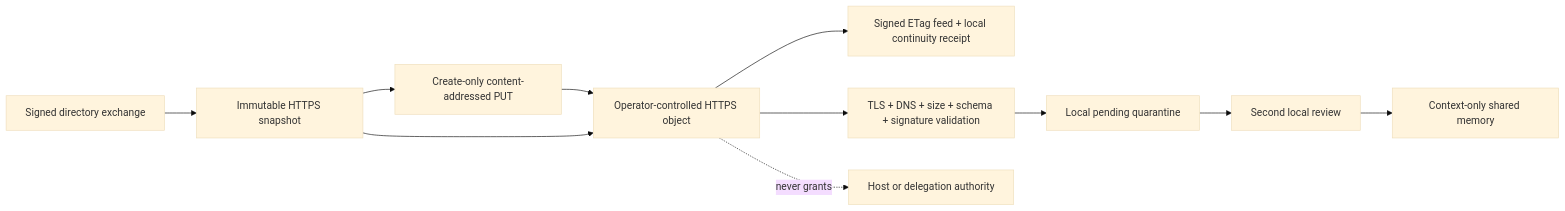
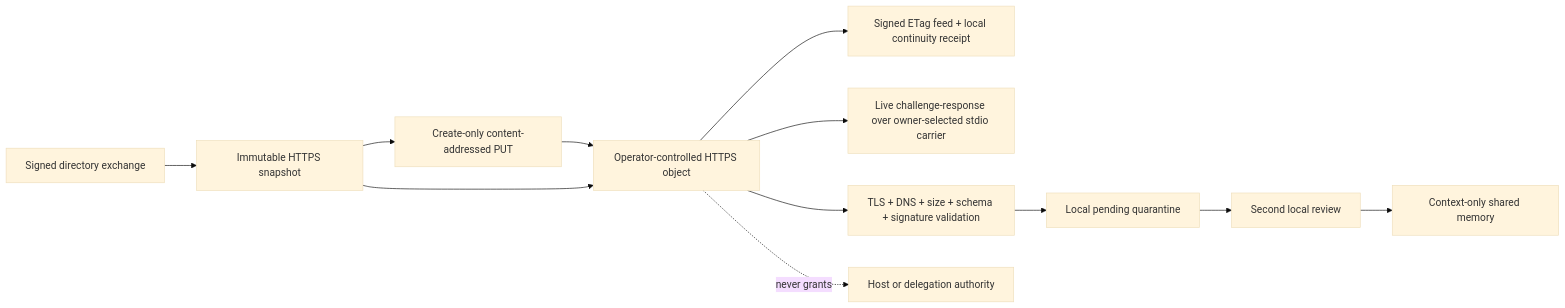
One commit to Maykbiletti/AgentSpine changed the fifth of 5 diagrams in docs/architecture.md. Above: the diagram before and after it, drawn with Mermaid (base theme). The commit also changed other lines of this file and 10 other files, not shown here.

Commit message:
feat: add challenge-response peer transport

````diff
--- a/docs/architecture.md
+++ b/docs/architecture.md
@@ -130,13 +130,14 @@
 ```mermaid
 flowchart LR
     D["Signed directory exchange"] --> S["Immutable HTTPS snapshot"]
     S --> P["Create-only content-addressed PUT"]
     P --> H["Operator-controlled HTTPS object"]
     H --> F["Signed ETag feed + local continuity receipt"]
+    H --> P2["Live challenge-response over owner-selected stdio carrier"]
     S --> H
     H --> V["TLS + DNS + size + schema + signature validation"]
     V --> Q["Local pending quarantine"]
     Q --> R["Second local review"]
     R --> C["Context-only shared memory"]
     H -. "never grants" .-> A["Host or delegation authority"]
 ```
````
